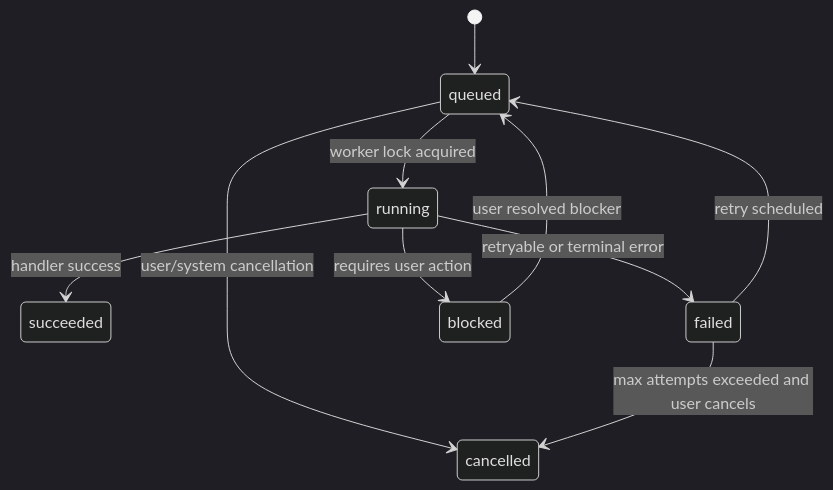
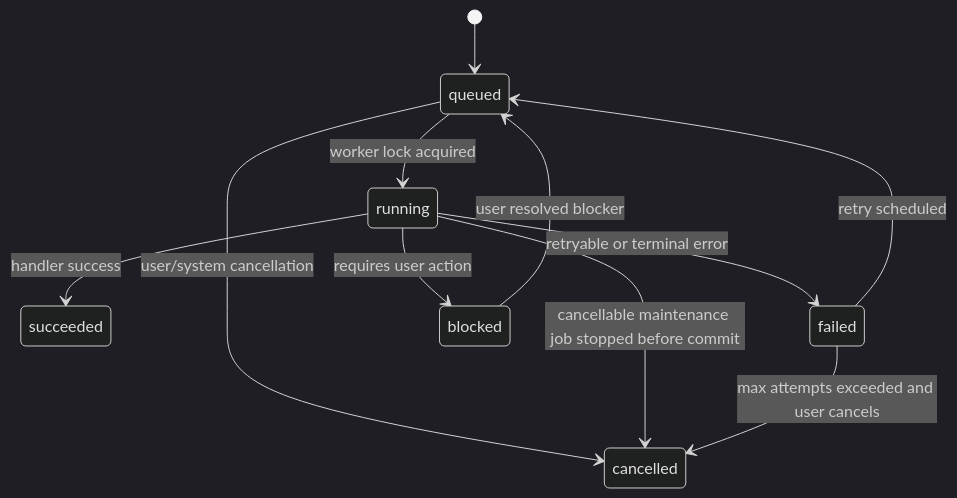
Before and after one commit to SayHISayHI/link-world: the second of 6 diagrams in docs/state_machines.md, drawn with Mermaid (dark theme). The commit also changed other lines of this file and 17 other files, not shown here.

````diff
--- a/docs/state_machines.md
+++ b/docs/state_machines.md
@@ -67,12 +67,13 @@
 ```mermaid
 stateDiagram-v2
   [*] --> queued
   queued --> running: worker lock acquired
   running --> succeeded: handler success
   running --> failed: retryable or terminal error
   running --> blocked: requires user action
   failed --> queued: retry scheduled
   blocked --> queued: user resolved blocker
   queued --> cancelled: user/system cancellation
+  running --> cancelled: cancellable maintenance job stopped before commit
   failed --> cancelled: max attempts exceeded and user cancels
 ```
````
